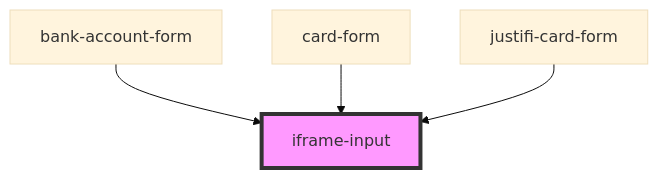
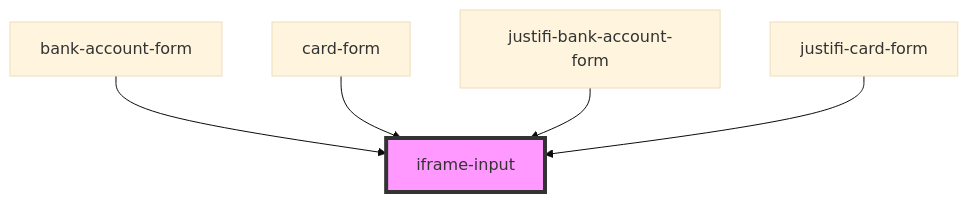
Before and after one commit to justifi-tech/web-component-library: the diagram in packages/webcomponents/src/ui-components/form/readme.md, drawn with Mermaid (base theme). The commit also changed other lines of this file and 6 other files, not shown here.

Commit message:
add new justifi-bank-account for the modular checkout

````diff
--- a/packages/webcomponents/src/ui-components/form/readme.md
+++ b/packages/webcomponents/src/ui-components/form/readme.md
@@ -62,7 +63,8 @@
 ```mermaid
 graph TD;
   bank-account-form --> iframe-input
   card-form --> iframe-input
+  justifi-bank-account-form --> iframe-input
   justifi-card-form --> iframe-input
   style iframe-input fill:#f9f,stroke:#333,stroke-width:4px
 ```
````
